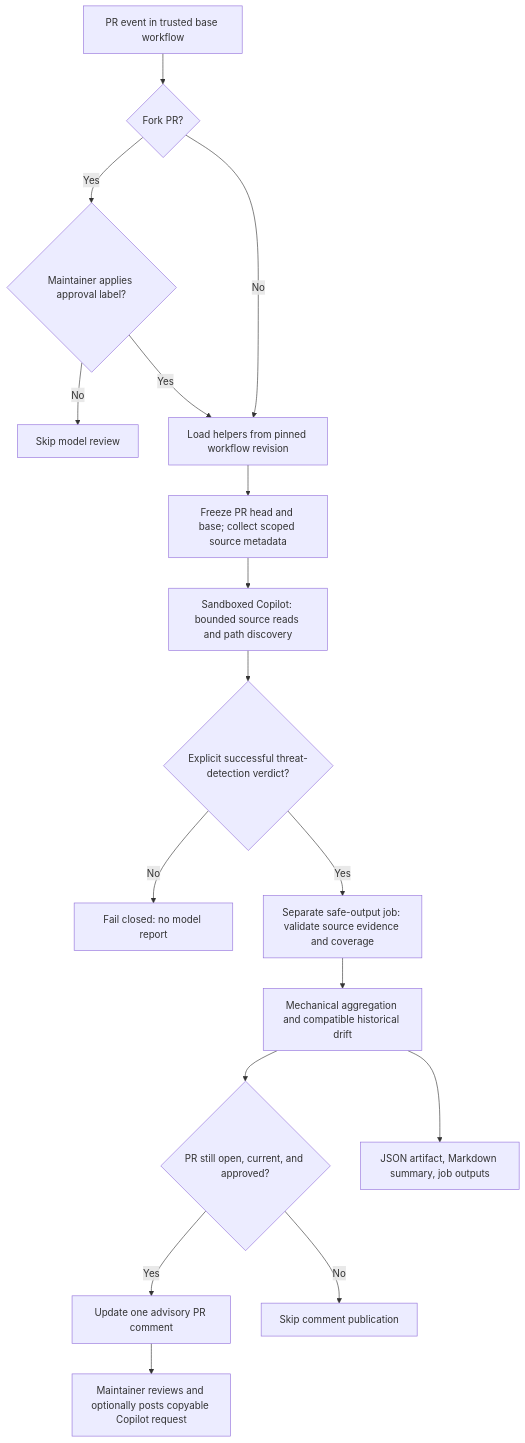
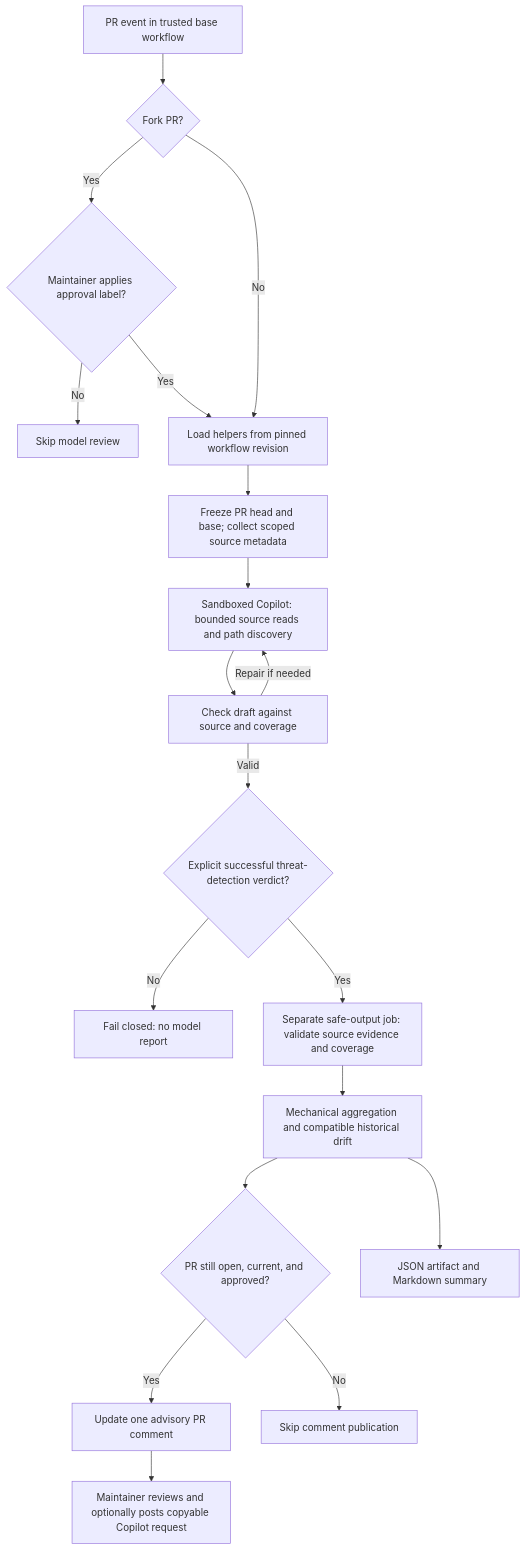
The diagram in README.md (digimangos/ai-slop-assessment), drawn with Mermaid before and after one commit. The commit also changed other lines of this file, not shown here.

````diff
--- a/README.md
+++ b/README.md
@@ -12,19 +12,21 @@
 ```mermaid
 flowchart TD
     PR[PR event in trusted base workflow] --> Fork{Fork PR?}
     Fork -->|Yes| Approved{Maintainer applies approval label?}
     Approved -->|No| Stop[Skip model review]
     Approved -->|Yes| Runtime[Load helpers from pinned workflow revision]
     Fork -->|No| Runtime
     Runtime --> Scope[Freeze PR head and base; collect scoped source metadata]
     Scope --> Judge[Sandboxed Copilot: bounded source reads and path discovery]
-    Judge --> Detection{Explicit successful threat-detection verdict?}
+    Judge --> Draft[Check draft against source and coverage]
+    Draft -->|Repair if needed| Judge
+    Draft -->|Valid| Detection{Explicit successful threat-detection verdict?}
     Detection -->|No| Reject[Fail closed: no model report]
     Detection -->|Yes| Validate[Separate safe-output job: validate source evidence and coverage]
     Validate --> Score[Mechanical aggregation and compatible historical drift]
     Score --> Head{PR still open, current, and approved?}
     Head -->|Yes| Comment[Update one advisory PR comment]
     Head -->|No| Skip[Skip comment publication]
-    Score --> Reports[JSON artifact, Markdown summary, job outputs]
+    Score --> Reports[JSON artifact and Markdown summary]
     Comment --> Human[Maintainer reviews and optionally posts copyable Copilot request]
 ```
````
